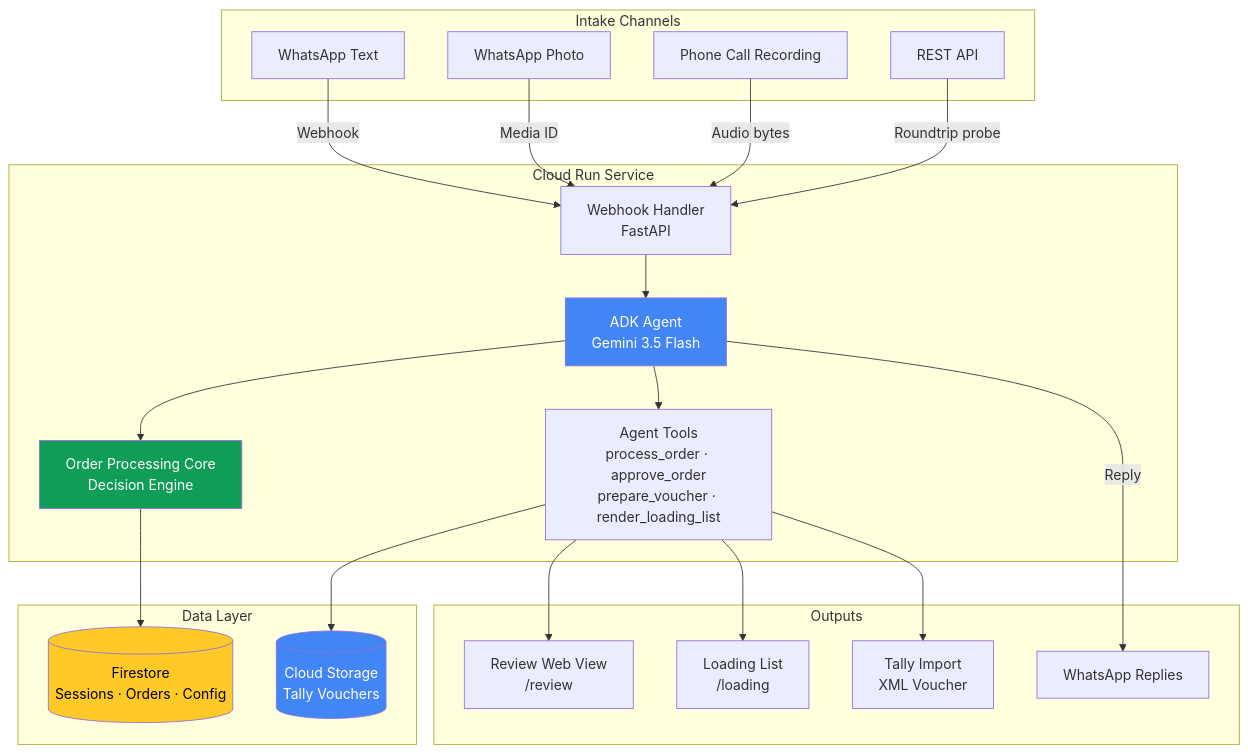
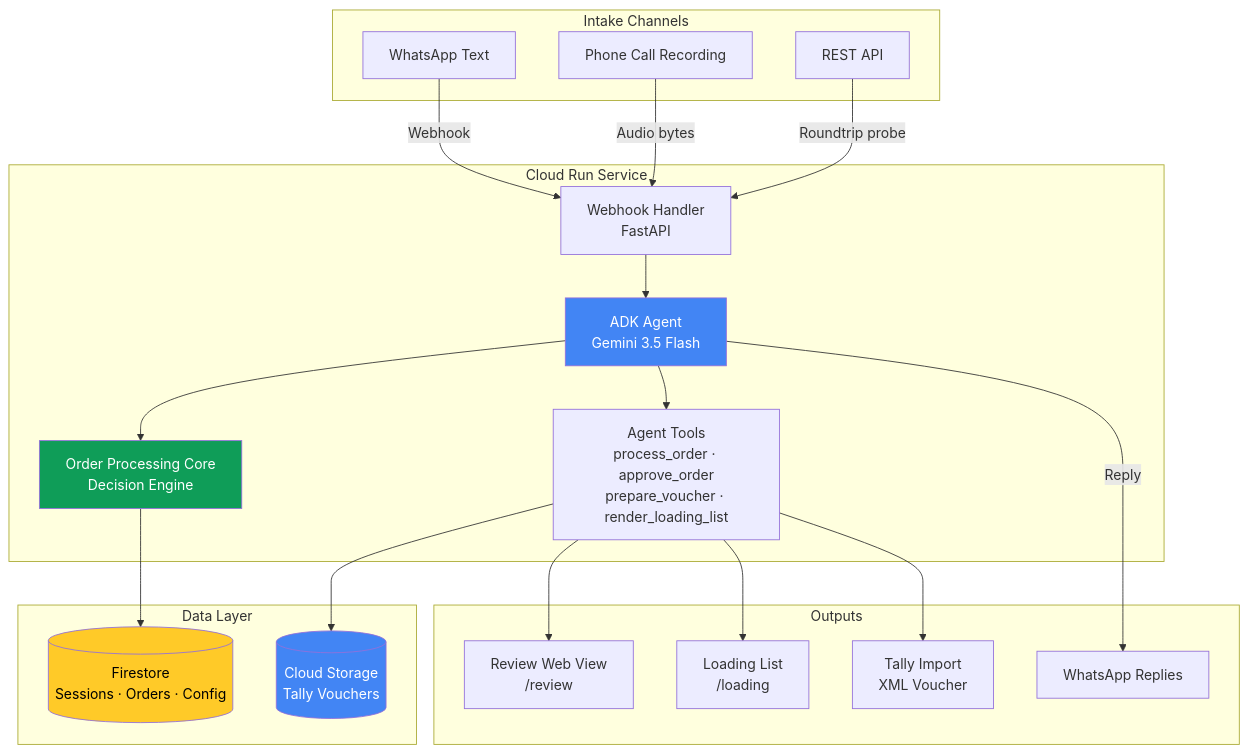
One commit to not3zra/valence changed the first of 2 diagrams in README.md. Above: the diagram before and after it, drawn with Mermaid. The commit also changed other lines of this file, not shown here.

Commit message:
docs: remove photo intake, add detailed spin-up instructions for judges

````diff
--- a/README.md
+++ b/README.md
@@ -47,49 +46,47 @@
 ```mermaid
 graph TB
     subgraph "Intake Channels"
         WA[WhatsApp Text]
-        WP[WhatsApp Photo]
         VC[Phone Call Recording]
         API[REST API]
     end
 
     subgraph "Cloud Run Service"
         WH[Webhook Handler<br/>FastAPI]
         AG[ADK Agent<br/>Gemini 3.5 Flash]
         CORE[Order Processing Core<br/>Decision Engine]
         TOOLS[Agent Tools<br/>process_order · approve_order<br/>prepare_voucher · render_loading_list]
     end
 
     subgraph "Data Layer"
         FS[(Firestore<br/>Sessions · Orders · Config)]
         GCS[(Cloud Storage<br/>Tally Vouchers)]
     end
 
     subgraph "Outputs"
         WA2[WhatsApp Replies]
         REVIEW[Review Web View<br/>/review]
         LOADING[Loading List<br/>/loading]
         TALLY[Tally Import<br/>XML Voucher]
     end
 
     WA -->|Webhook| WH
-    WP -->|Media ID| WH
     VC -->|Audio bytes| WH
     API -->|Roundtrip probe| WH
 
     WH --> AG
     AG --> CORE
     AG --> TOOLS
     CORE --> FS
     TOOLS --> GCS
 
     AG -->|Reply| WA2
     TOOLS --> REVIEW
     TOOLS --> LOADING
     TOOLS --> TALLY
 
     style AG fill:#4285F4,color:#fff
     style CORE fill:#0F9D58,color:#fff
     style FS fill:#FFCA28,color:#000
     style GCS fill:#4285F4,color:#fff
 ```
````
